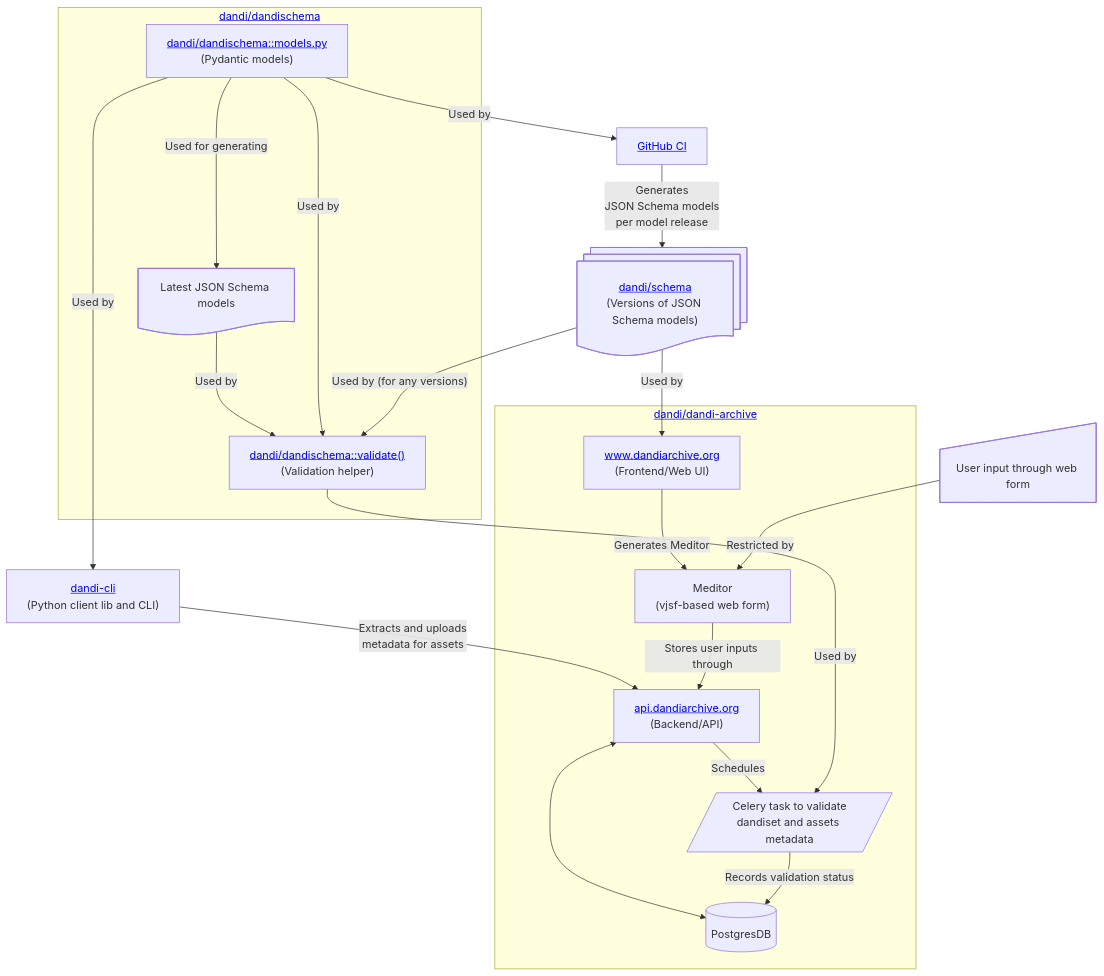
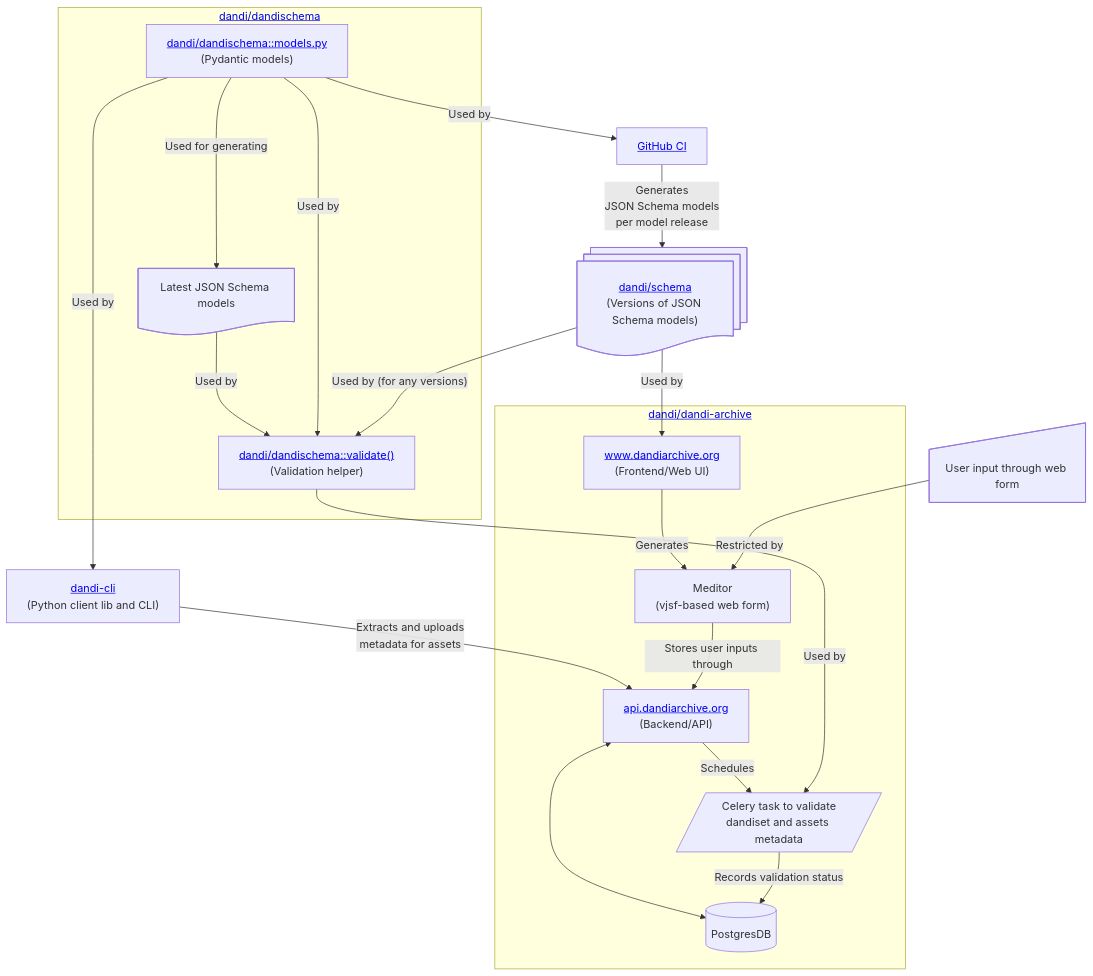
One commit to candleindark/dandi-models-mermaid changed the diagram in dandi-models.mmd. Above: the diagram before and after it, drawn with Mermaid.

Commit message:
Take out duplicating `Meditor`

```diff
--- a/dandi-models.mmd
+++ b/dandi-models.mmd
@@ -1,55 +1,55 @@
 flowchart TD
     dandi_json["<a href='https://github.com/dandi/schema'>dandi/schema</a><br/>(Versions of JSON Schema models)"]@{ shape: docs }
     dandi_cli["<a href='https://github.com/dandi/dandi-cli'>dandi-cli</a><br/>(Python client lib and CLI)"]
     ci[<a href='https://github.com/dandi/dandi-schema/blob/master/.github/workflows/release.yml'>GitHub CI</a>]
     web_input["User input through web form"]@{ shape: manual-input }
 
     subgraph "<a href='https://github.com/dandi/dandi-schema'>dandi/dandischema</a>"
         %% nodes
         dandi_pydantic["<a href='https://github.com/dandi/dandi-schema/blob/master/dandischema/models.py'>dandi/dandischema::models.py</a><br/>(Pydantic models)"]
         dandi_validate["<a href='https://github.com/dandi/dandi-schema/blob/c3007768e002c9f51ea37b5e6b3628f7f7f20943/dandischema/metadata.py#L195'>dandi/dandischema::validate()</a><br/>(Validation helper)"]
         dandi_json_runtime[Latest JSON Schema models]@{ shape: doc }
 
         %% edges
         dandi_pydantic -->|Used for generating| dandi_json_runtime -->|Used by| dandi_validate
     end
 
     subgraph "<a href='https://github.com/dandi/dandi-archive'>dandi/dandi-archive</a>"
         %% nodes
         dandi_archive_db[(PostgresDB)]
         dandi_archive_backend["<a href='https://api.dandiarchive.org'>api.dandiarchive.org</a><br/>(Backend/API)"]
         dandi_archive_frontend["<a href='https://www.dandiarchive.org'>www.dandiarchive.org</a><br/>(Frontend/Web UI)"]
         %% user_input_data["User input data"]@{ shape: manual-input }
         meditor["Meditor<br/>(vjsf-based web form)"]
         dandi_archive_validate[/Celery task to validate<br/>dandiset and assets metadata/]
     end
 
     dandi_pydantic -->|Used by| ci -->|Generates<br/> JSON Schema models<br/> per model release| dandi_json
 
     %% dandi/dandischema does use JSON schema models during validation
 
     dandi_pydantic -->|Used by| dandi_cli
     dandi_pydantic -->|Used by| dandi_validate
     dandi_json -->|"Used by (for any versions)"| dandi_validate
 
     dandi_archive_backend --> |Schedules| dandi_archive_validate
     dandi_archive_backend <--->  dandi_archive_db
     dandi_validate -->|Used by| dandi_archive_validate
     %%?? dandi_validate -->|Used by| dandi_cli
 
     %% dandi_json -->|Used by| dandi_archive_backend
     dandi_json -->|Used by| dandi_archive_frontend
 
 
     %% datasets[NWB/BIDS]
     %% user_input_data --> |Expressed as| datasets
     %%  datasets --> |Extracts metadata by| dandi_cli
     dandi_cli --> |Extracts and uploads<br/>metadata for assets| dandi_archive_backend
     %% We always upload Asset pyndatic model, but it might be minimally
     %% populated if there was an error while extracting metadata
 
-    dandi_archive_frontend --> |Generates Meditor| meditor
+    dandi_archive_frontend --> |Generates| meditor
     web_input --> | Restricted by| meditor
     meditor --> |Stores user inputs through| dandi_archive_backend
 
     dandi_archive_validate --> |Records validation status| dandi_archive_db
```
